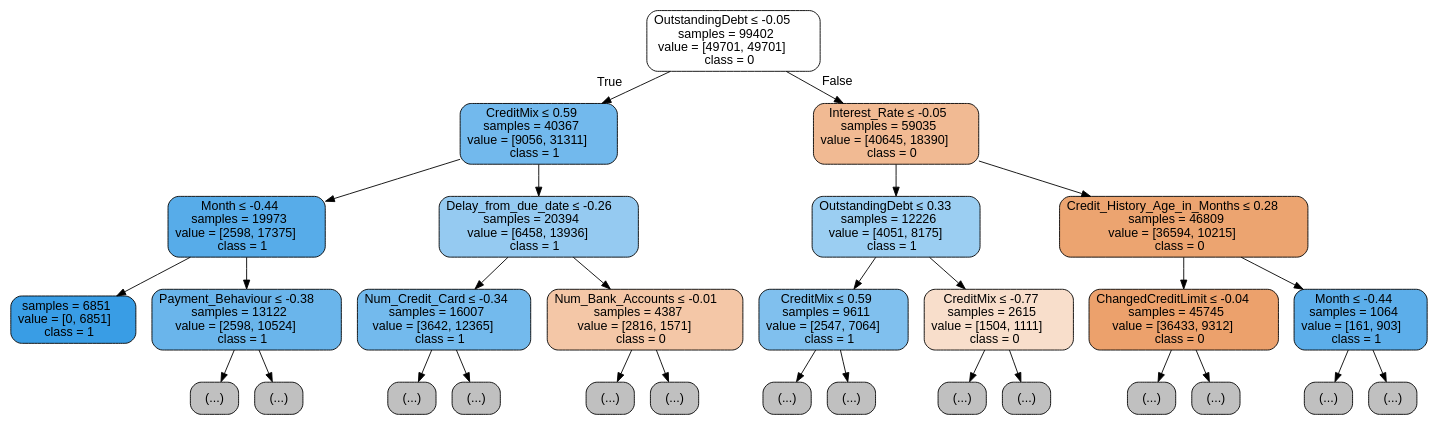
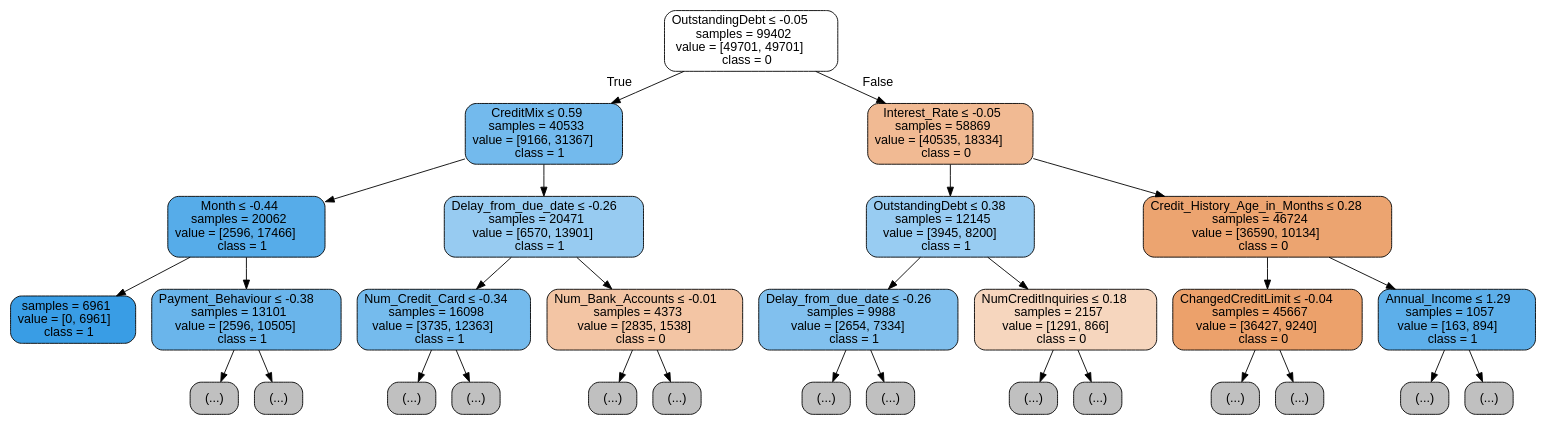
The diagram in images/classification/DT/credit_dt_accuracy_best_tree.dot (Guilherme-RCarvalho/DS_23_24), drawn with Graphviz before and after one commit. The commit also changed 12 other files, not shown here.

```diff
--- a/images/classification/DT/credit_dt_accuracy_best_tree.dot
+++ b/images/classification/DT/credit_dt_accuracy_best_tree.dot
@@ -1,61 +1,61 @@
 digraph Tree {
 node [shape=box, style="filled, rounded", color="black", fontname="helvetica"] ;
 edge [fontname="helvetica"] ;
 0 [label=<OutstandingDebt &le; -0.05<br/>samples = 99402<br/>value = [49701, 49701]<br/>class = 0>, fillcolor="#ffffff"] ;
-1 [label=<CreditMix &le; 0.59<br/>samples = 40367<br/>value = [9056, 31311]<br/>class = 1>, fillcolor="#72b9ed"] ;
+1 [label=<CreditMix &le; 0.59<br/>samples = 40533<br/>value = [9166, 31367]<br/>class = 1>, fillcolor="#73baed"] ;
 0 -> 1 [labeldistance=2.5, labelangle=45, headlabel="True"] ;
-2 [label=<Month &le; -0.44<br/>samples = 19973<br/>value = [2598, 17375]<br/>class = 1>, fillcolor="#57ace9"] ;
+2 [label=<Month &le; -0.44<br/>samples = 20062<br/>value = [2596, 17466]<br/>class = 1>, fillcolor="#56ace9"] ;
 1 -> 2 ;
-3 [label=<samples = 6851<br/>value = [0, 6851]<br/>class = 1>, fillcolor="#399de5"] ;
+3 [label=<samples = 6961<br/>value = [0, 6961]<br/>class = 1>, fillcolor="#399de5"] ;
 2 -> 3 ;
-4 [label=<Payment_Behaviour &le; -0.38<br/>samples = 13122<br/>value = [2598, 10524]<br/>class = 1>, fillcolor="#6ab5eb"] ;
+4 [label=<Payment_Behaviour &le; -0.38<br/>samples = 13101<br/>value = [2596, 10505]<br/>class = 1>, fillcolor="#6ab5eb"] ;
 2 -> 4 ;
 5 [label="(...)", fillcolor="#C0C0C0"] ;
 4 -> 5 ;
-1130 [label="(...)", fillcolor="#C0C0C0"] ;
-4 -> 1130 ;
-2223 [label=<Delay_from_due_date &le; -0.26<br/>samples = 20394<br/>value = [6458, 13936]<br/>class = 1>, fillcolor="#95caf1"] ;
-1 -> 2223 ;
-2224 [label=<Num_Credit_Card &le; -0.34<br/>samples = 16007<br/>value = [3642, 12365]<br/>class = 1>, fillcolor="#73baed"] ;
-2223 -> 2224 ;
-2225 [label="(...)", fillcolor="#C0C0C0"] ;
-2224 -> 2225 ;
-2226 [label="(...)", fillcolor="#C0C0C0"] ;
-2224 -> 2226 ;
-4149 [label=<Num_Bank_Accounts &le; -0.01<br/>samples = 4387<br/>value = [2816, 1571]<br/>class = 0>, fillcolor="#f4c7a7"] ;
-2223 -> 4149 ;
-4150 [label="(...)", fillcolor="#C0C0C0"] ;
-4149 -> 4150 ;
-4821 [label="(...)", fillcolor="#C0C0C0"] ;
-4149 -> 4821 ;
-4960 [label=<Interest_Rate &le; -0.05<br/>samples = 59035<br/>value = [40645, 18390]<br/>class = 0>, fillcolor="#f1ba93"] ;
-0 -> 4960 [labeldistance=2.5, labelangle=-45, headlabel="False"] ;
-4961 [label=<OutstandingDebt &le; 0.33<br/>samples = 12226<br/>value = [4051, 8175]<br/>class = 1>, fillcolor="#9bcef2"] ;
-4960 -> 4961 ;
-4962 [label=<CreditMix &le; 0.59<br/>samples = 9611<br/>value = [2547, 7064]<br/>class = 1>, fillcolor="#80c0ee"] ;
-4961 -> 4962 ;
-4963 [label="(...)", fillcolor="#C0C0C0"] ;
-4962 -> 4963 ;
-5460 [label="(...)", fillcolor="#C0C0C0"] ;
-4962 -> 5460 ;
-6201 [label=<CreditMix &le; -0.77<br/>samples = 2615<br/>value = [1504, 1111]<br/>class = 0>, fillcolor="#f8decb"] ;
-4961 -> 6201 ;
-6202 [label="(...)", fillcolor="#C0C0C0"] ;
-6201 -> 6202 ;
-6275 [label="(...)", fillcolor="#C0C0C0"] ;
-6201 -> 6275 ;
-6748 [label=<Credit_History_Age_in_Months &le; 0.28<br/>samples = 46809<br/>value = [36594, 10215]<br/>class = 0>, fillcolor="#eca470"] ;
-4960 -> 6748 ;
-6749 [label=<ChangedCreditLimit &le; -0.04<br/>samples = 45745<br/>value = [36433, 9312]<br/>class = 0>, fillcolor="#eca16c"] ;
-6748 -> 6749 ;
-6750 [label="(...)", fillcolor="#C0C0C0"] ;
-6749 -> 6750 ;
-8107 [label="(...)", fillcolor="#C0C0C0"] ;
-6749 -> 8107 ;
-11952 [label=<Month &le; -0.44<br/>samples = 1064<br/>value = [161, 903]<br/>class = 1>, fillcolor="#5caeea"] ;
-6748 -> 11952 ;
-11953 [label="(...)", fillcolor="#C0C0C0"] ;
-11952 -> 11953 ;
-11954 [label="(...)", fillcolor="#C0C0C0"] ;
-11952 -> 11954 ;
+874 [label="(...)", fillcolor="#C0C0C0"] ;
+4 -> 874 ;
+1673 [label=<Delay_from_due_date &le; -0.26<br/>samples = 20471<br/>value = [6570, 13901]<br/>class = 1>, fillcolor="#97cbf1"] ;
+1 -> 1673 ;
+1674 [label=<Num_Credit_Card &le; -0.34<br/>samples = 16098<br/>value = [3735, 12363]<br/>class = 1>, fillcolor="#75bbed"] ;
+1673 -> 1674 ;
+1675 [label="(...)", fillcolor="#C0C0C0"] ;
+1674 -> 1675 ;
+1676 [label="(...)", fillcolor="#C0C0C0"] ;
+1674 -> 1676 ;
+2857 [label=<Num_Bank_Accounts &le; -0.01<br/>samples = 4373<br/>value = [2835, 1538]<br/>class = 0>, fillcolor="#f3c5a4"] ;
+1673 -> 2857 ;
+2858 [label="(...)", fillcolor="#C0C0C0"] ;
+2857 -> 2858 ;
+3421 [label="(...)", fillcolor="#C0C0C0"] ;
+2857 -> 3421 ;
+3548 [label=<Interest_Rate &le; -0.05<br/>samples = 58869<br/>value = [40535, 18334]<br/>class = 0>, fillcolor="#f1ba93"] ;
+0 -> 3548 [labeldistance=2.5, labelangle=-45, headlabel="False"] ;
+3549 [label=<OutstandingDebt &le; 0.38<br/>samples = 12145<br/>value = [3945, 8200]<br/>class = 1>, fillcolor="#98ccf2"] ;
+3548 -> 3549 ;
+3550 [label=<Delay_from_due_date &le; -0.26<br/>samples = 9988<br/>value = [2654, 7334]<br/>class = 1>, fillcolor="#81c0ee"] ;
+3549 -> 3550 ;
+3551 [label="(...)", fillcolor="#C0C0C0"] ;
+3550 -> 3551 ;
+4118 [label="(...)", fillcolor="#C0C0C0"] ;
+3550 -> 4118 ;
+4589 [label=<NumCreditInquiries &le; 0.18<br/>samples = 2157<br/>value = [1291, 866]<br/>class = 0>, fillcolor="#f6d6be"] ;
+3549 -> 4589 ;
+4590 [label="(...)", fillcolor="#C0C0C0"] ;
+4589 -> 4590 ;
+4873 [label="(...)", fillcolor="#C0C0C0"] ;
+4589 -> 4873 ;
+4998 [label=<Credit_History_Age_in_Months &le; 0.28<br/>samples = 46724<br/>value = [36590, 10134]<br/>class = 0>, fillcolor="#eca470"] ;
+3548 -> 4998 ;
+4999 [label=<ChangedCreditLimit &le; -0.04<br/>samples = 45667<br/>value = [36427, 9240]<br/>class = 0>, fillcolor="#eca16b"] ;
+4998 -> 4999 ;
+5000 [label="(...)", fillcolor="#C0C0C0"] ;
+4999 -> 5000 ;
+5537 [label="(...)", fillcolor="#C0C0C0"] ;
+4999 -> 5537 ;
+7894 [label=<Annual_Income &le; 1.29<br/>samples = 1057<br/>value = [163, 894]<br/>class = 1>, fillcolor="#5dafea"] ;
+4998 -> 7894 ;
+7895 [label="(...)", fillcolor="#C0C0C0"] ;
+7894 -> 7895 ;
+7986 [label="(...)", fillcolor="#C0C0C0"] ;
+7894 -> 7986 ;
 }
```
